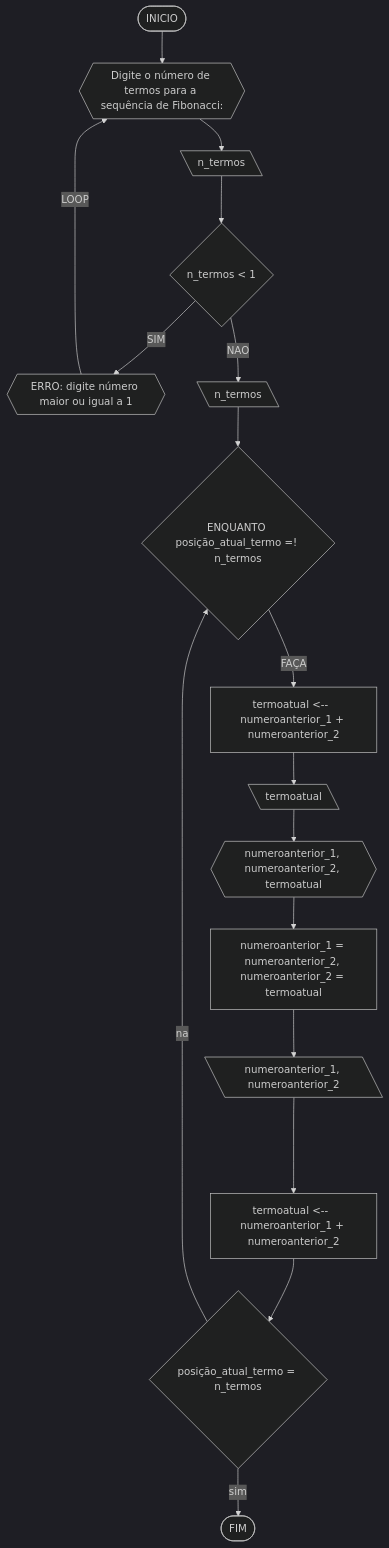
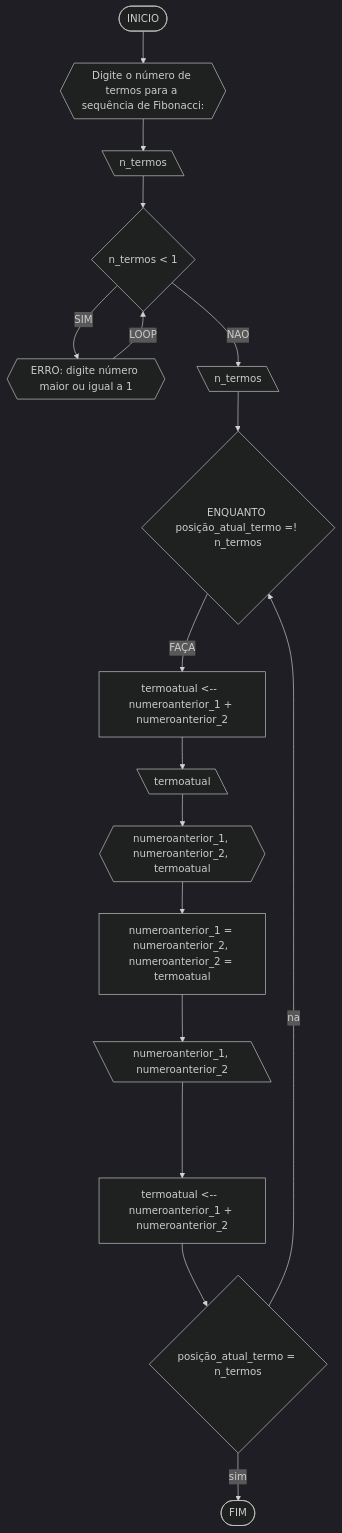
One commit to kaiokrl/unifor-works changed the sixth of 7 diagrams in RLA/lista_de_exercicios/listaAD1.md. Above: the diagram before and after it, drawn with Mermaid (dark theme).

````diff
--- a/RLA/lista_de_exercicios/listaAD1.md
+++ b/RLA/lista_de_exercicios/listaAD1.md
@@ -278,20 +278,20 @@
 ```mermaid
 flowchart TD
 A([INICIO]) --> B{{Digite o número de termos para a sequência de Fibonacci:}}
 B --> C[\n_termos\]
 C --> D{n_termos < 1}
 D --SIM--> E{{ERRO: digite número maior ou igual a 1}}
-E--LOOP--> B
+E--LOOP--> D
 D --NAO--> F[\n_termos\]
 F --> G{ENQUANTO posição_atual_termo =! n_termos}
 G --FAÇA--> H[termoatual <--  numeroanterior_1 + numeroanterior_2]
 H --> I[\termoatual\]
 I --> J{{numeroanterior_1, numeroanterior_2, termoatual}}
 J --> K[numeroanterior_1 = numeroanterior_2, numeroanterior_2 = termoatual]
 K --> L[\numeroanterior_1, numeroanterior_2\]
 L ----> M[termoatual <--  numeroanterior_1 + numeroanterior_2]
 M --> N{posição_atual_termo = n_termos}
 N --sim--> O([FIM])
 N --nao--> G
 
 ```
````
